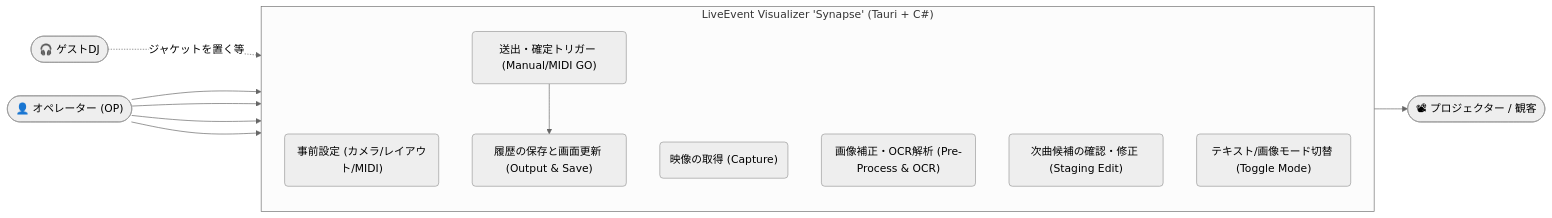
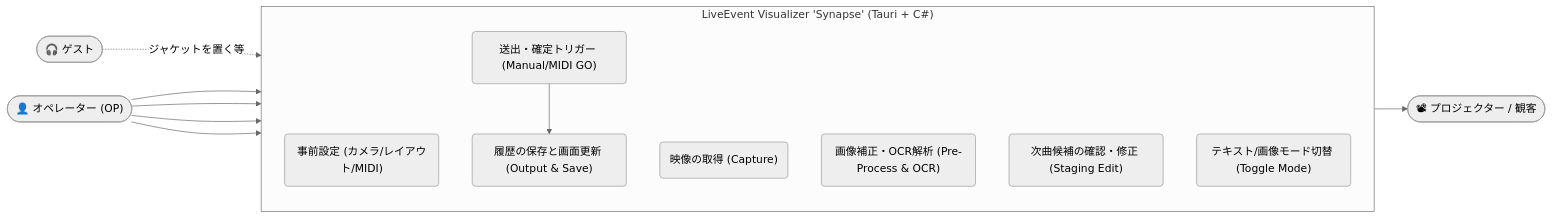
One commit to EK1794/ftpm3-visualizer-synapse changed the first of 2 diagrams in doc/00_UseCase.md. Above: the diagram before and after it, drawn with Mermaid (neutral theme). The commit also changed other lines of this file and 8 other files, not shown here.

````diff
--- a/doc/00_UseCase.md
+++ b/doc/00_UseCase.md
@@ -13,25 +13,25 @@
 ```mermaid
 flowchart LR
     OP(["👤 オペレーター (OP)"])
-    DJ(["🎧 ゲストDJ"])
+    DJ(["🎧 ゲスト"])
     Audience(["📽 プロジェクター / 観客"])
 
     subgraph Synapse ["LiveEvent Visualizer 'Synapse' (Tauri + C#)"]
         direction TB
         UC1("事前設定 (カメラ/レイアウト/MIDI)")
         UC2("映像の取得 (Capture)")
         UC3("画像補正・OCR解析 (Pre-Process & OCR)")
         UC4("次曲候補の確認・修正 (Staging Edit)")
         UC5("送出・確定トリガー (Manual/MIDI GO)")
         UC6("テキスト/画像モード切替 (Toggle Mode)")
         UC7("履歴の保存と画面更新 (Output & Save)")
     end
 
     OP --> UC1
     DJ -. "ジャケットを置く等" .-> UC2
     OP --> UC4
     OP --> UC5
     OP --> UC6
     UC5 --> UC7
     UC7 --> Audience
 ```
````
